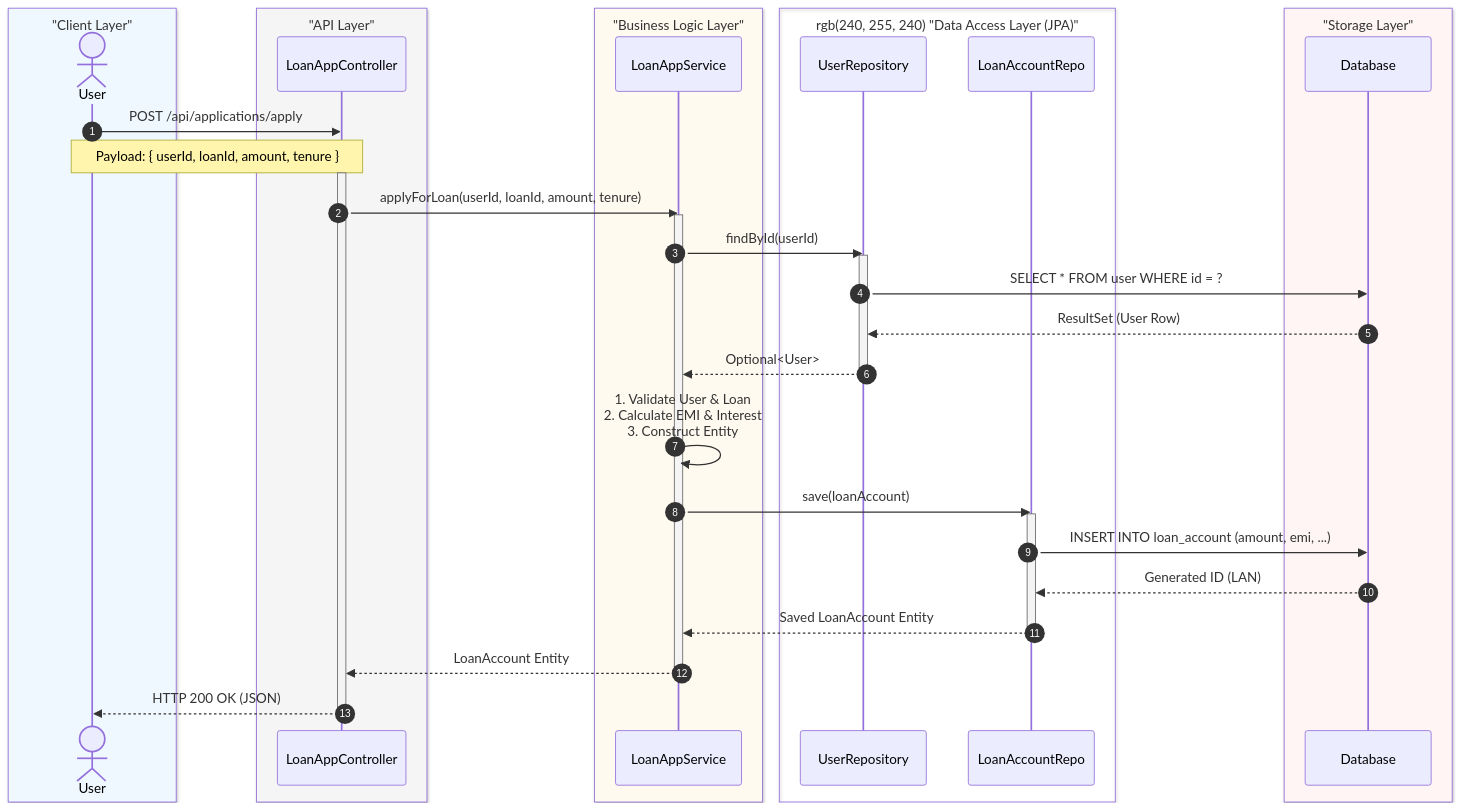
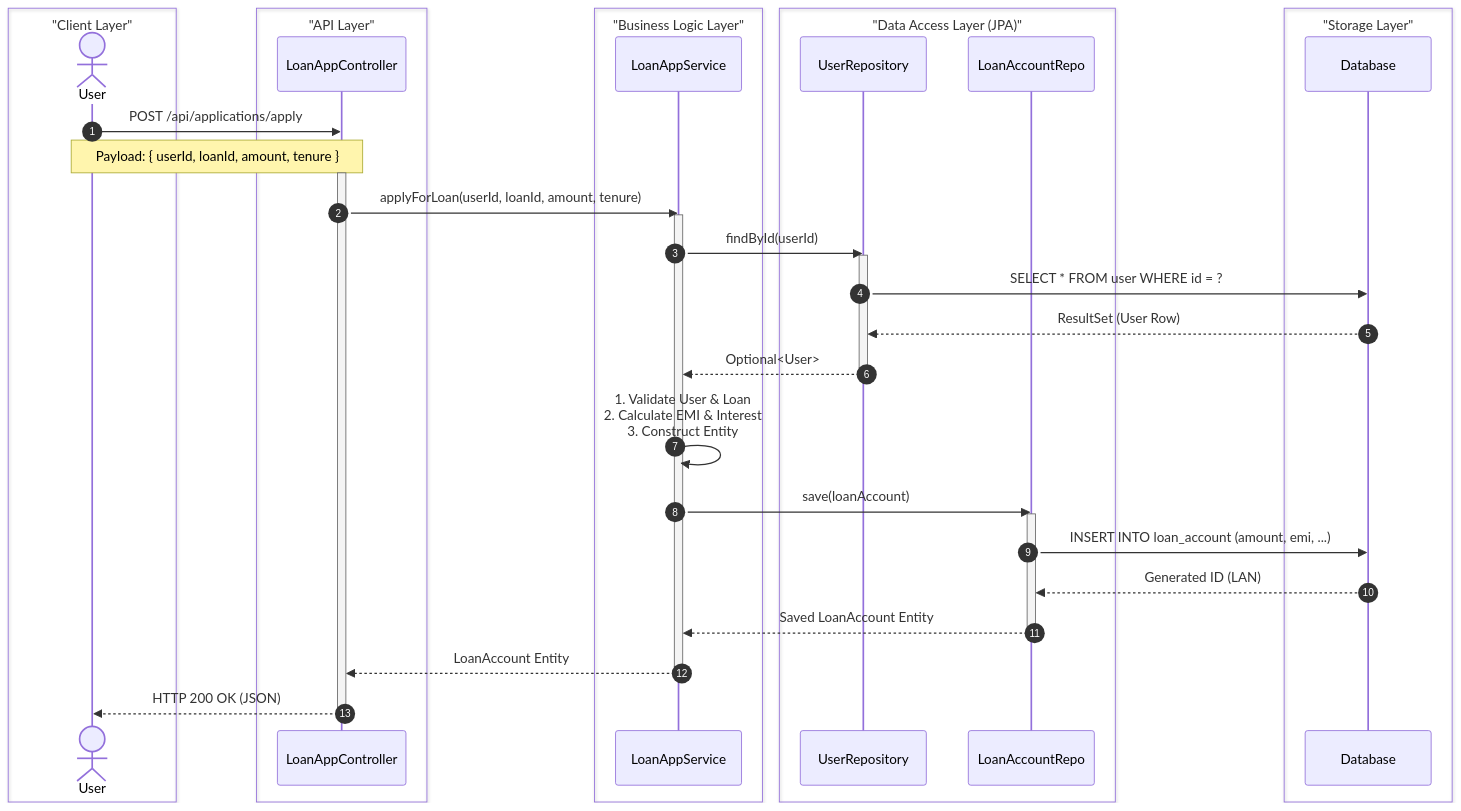
The third of 8 diagrams in architecture_diagrams.md (rohangupta513/LMS), drawn with Mermaid before and after one commit.

Commit message:
Update architecture diagrams

````diff
--- a/architecture_diagrams.md
+++ b/architecture_diagrams.md
@@ -91,57 +91,57 @@
 ```mermaid
 sequenceDiagram
     autonumber
     
-    box rgb(240, 248, 255) "Client Layer"
+    box transparent "Client Layer"
         actor User
     end
     
-    box rgb(245, 245, 245) "API Layer"
+    box transparent "API Layer"
         participant Controller as LoanAppController
     end
     
-    box rgb(255, 250, 240) "Business Logic Layer"
+    box transparent "Business Logic Layer"
         participant Service as LoanAppService
     end
     
-    box rgb(240, 255, 240) "Data Access Layer (JPA)"
+    box transparent "Data Access Layer (JPA)"
         participant UserRepo as UserRepository
         participant LoanRepo as LoanAccountRepo
     end
     
-    box rgb(255, 245, 245) "Storage Layer"
+    box transparent "Storage Layer"
         participant DB as Database
     end
 
     User->>Controller: POST /api/applications/apply
     Note over User,Controller: Payload: { userId, loanId, amount, tenure }
     activate Controller
     
     Controller->>Service: applyForLoan(userId, loanId, amount, tenure)
     activate Service
     
     %% Fetch User Step
     Service->>UserRepo: findById(userId)
     activate UserRepo
     UserRepo->>DB: SELECT * FROM user WHERE id = ?
     DB-->>UserRepo: ResultSet (User Row)
     UserRepo-->>Service: Optional<User>
     deactivate UserRepo
     
     %% Internal Logic Step
     Service->>Service: 1. Validate User & Loan<br/>2. Calculate EMI & Interest<br/>3. Construct Entity
     
     %% Save Loan Step
     Service->>LoanRepo: save(loanAccount)
     activate LoanRepo
     LoanRepo->>DB: INSERT INTO loan_account (amount, emi, ...)
     DB-->>LoanRepo: Generated ID (LAN)
     LoanRepo-->>Service: Saved LoanAccount Entity
     deactivate LoanRepo
     
     Service-->>Controller: LoanAccount Entity
     deactivate Service
     
     Controller-->>User: HTTP 200 OK (JSON)
     deactivate Controller
 ```
````
